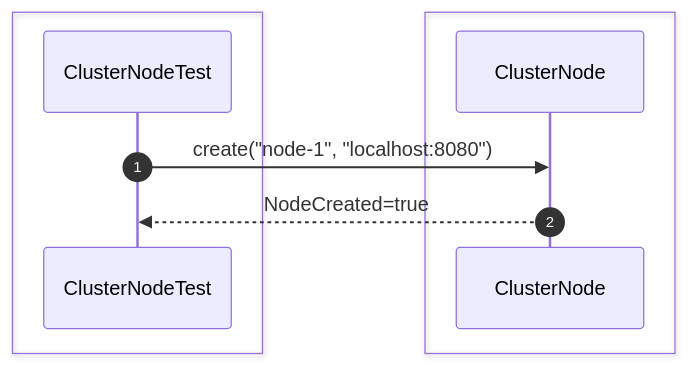
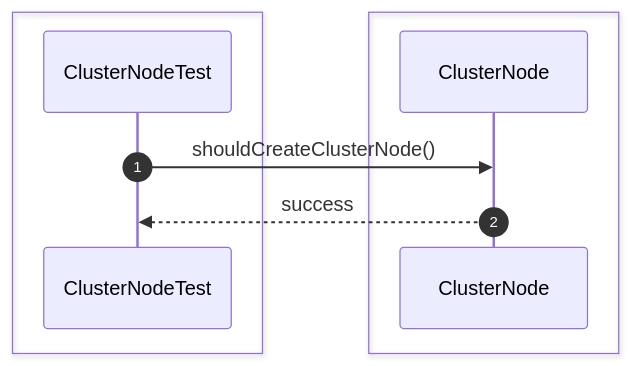
Diagram 11 of 26 in src/sequence/replication.md (Huy1801214/dbms-architecture), drawn with Mermaid before and after one commit. The commit also changed other lines of this file and 68 other files, not shown here.

Commit message:
implement comprehensive unit test suite and architectural sequence documentation

````diff
--- a/src/sequence/replication.md
+++ b/src/sequence/replication.md
@@ -202,14 +158,13 @@
 ```mermaid
 sequenceDiagram
     autonumber
-
     box #e1f5fe Test Suite
     participant Test as ClusterNodeTest
     end
-    box #ffebee Replication Components
-    participant Node as ClusterNode
+    box #e3f2fd ClusterNode Component
+    participant CN as ClusterNode
     end
 
-    Test->>Node: create("node-1", "localhost:8080")
-    Node-->>Test: NodeCreated=true
+    Test->>CN: shouldCreateClusterNode()
+    CN-->>Test: success
 ```
````
